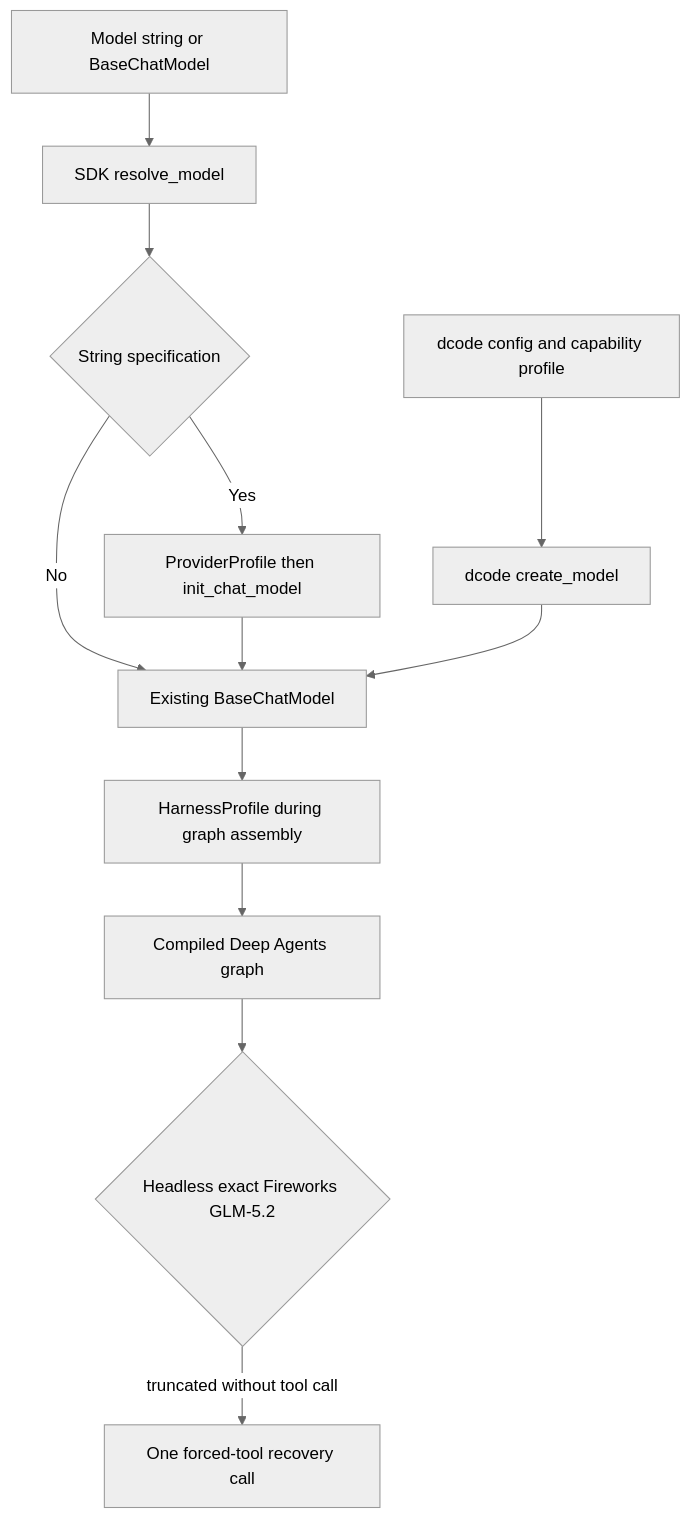
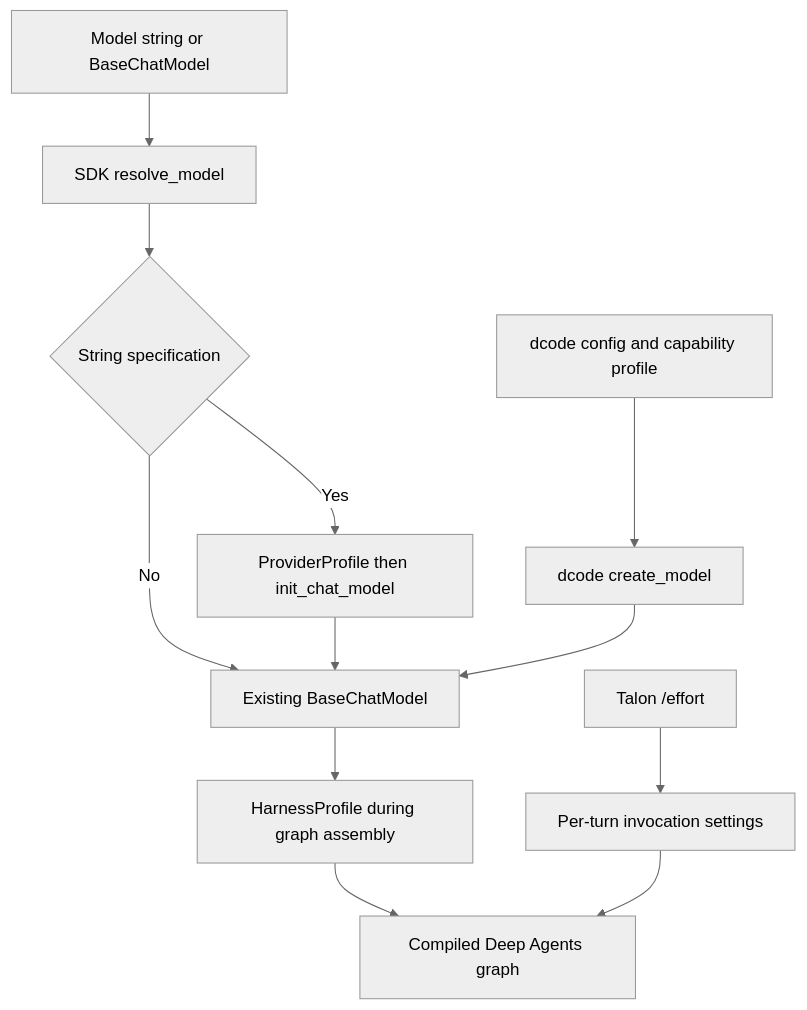
The first of 3 diagrams in openwiki/concepts/profiles-models.md (langchain-ai/deepagents), drawn with Mermaid (neutral theme) before and after one commit. The commit also changed other lines of this file and 14 other files, not shown here.

````diff
--- a/openwiki/concepts/profiles-models.md
+++ b/openwiki/concepts/profiles-models.md
@@ -66,14 +77,14 @@
 ```mermaid
 flowchart TD
     Input["Model string or BaseChatModel"] --> Resolve["SDK resolve_model"]
     Resolve --> IsString{"String specification"}
     IsString -->|Yes| Provider["ProviderProfile then init_chat_model"]
     IsString -->|No| Model["Existing BaseChatModel"]
     Provider --> Model
     Model --> Harness["HarnessProfile during graph assembly"]
     Harness --> Agent["Compiled Deep Agents graph"]
     DcodeConfig["dcode config and capability profile"] --> DcodeBuild["dcode create_model"]
     DcodeBuild --> Model
-    Agent --> Headless{"Headless exact Fireworks GLM-5.2"}
-    Headless -->|truncated without tool call| Recover["One forced-tool recovery call"]
+    TalonCommand["Talon /effort"] --> TalonSettings["Per-turn invocation settings"]
+    TalonSettings --> Agent
 ```
````
